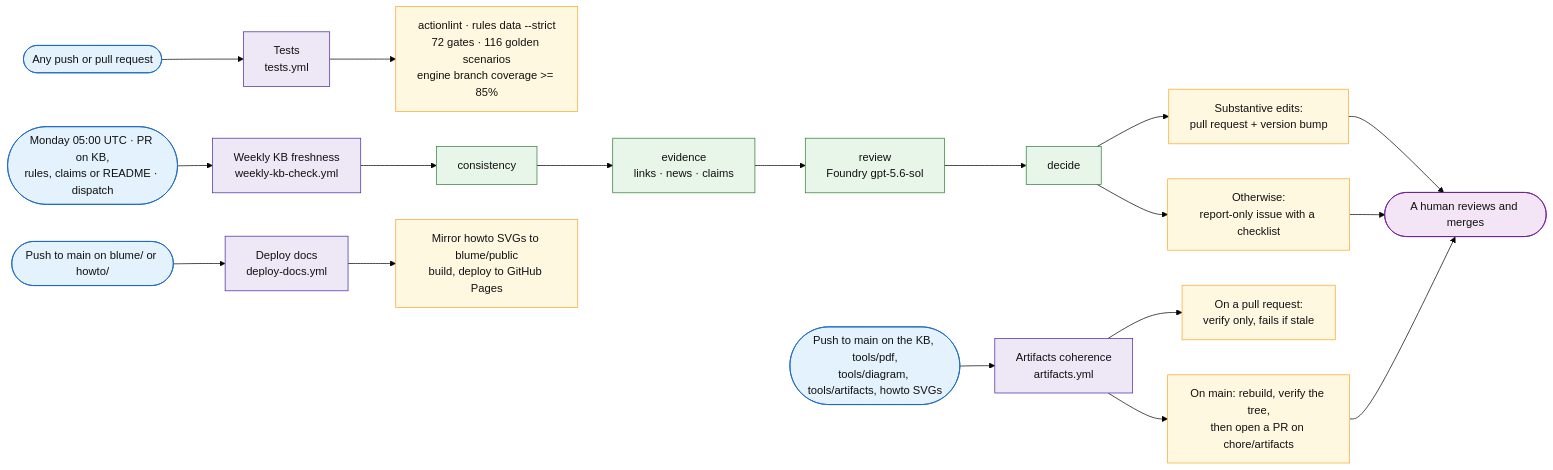
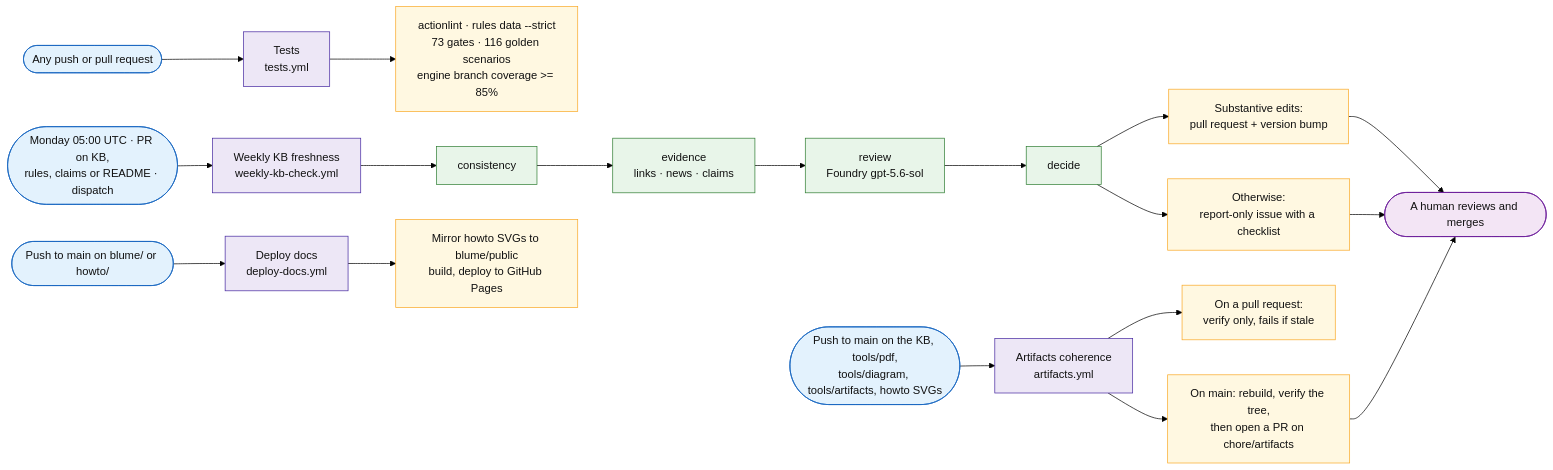
The sixth of 6 diagrams in docs/sql-migration-advisor-developer-pitch.md (fredgis/sql-migration-advisor), drawn with Mermaid (forest theme) before and after one commit. The commit also changed 15 other files, not shown here.

````diff
--- a/docs/sql-migration-advisor-developer-pitch.md
+++ b/docs/sql-migration-advisor-developer-pitch.md
@@ -991,33 +991,33 @@
 ```mermaid
 flowchart LR
     G1([Any push or pull request]) --> W1[Tests<br/>tests.yml]
     G2([Monday 05:00 UTC · PR on KB,<br/>rules, claims or README · dispatch]) --> W2[Weekly KB freshness<br/>weekly-kb-check.yml]
     G3([Push to main on the KB, tools/pdf,<br/>tools/diagram, tools/artifacts, howto SVGs]) --> W3[Artifacts coherence<br/>artifacts.yml]
     G4([Push to main on blume/ or howto/]) --> W4[Deploy docs<br/>deploy-docs.yml]
 
-    W1 --> O1[actionlint · rules data --strict<br/>72 gates · 116 golden scenarios<br/>engine branch coverage >= 85%]
+    W1 --> O1[actionlint · rules data --strict<br/>73 gates · 116 golden scenarios<br/>engine branch coverage >= 85%]
 
     W2 --> C1[consistency] --> C2[evidence<br/>links · news · claims] --> C3[review<br/>Foundry gpt-5.6-sol] --> C4[decide]
     C4 --> O2a[Substantive edits:<br/>pull request + version bump]
     C4 --> O2b[Otherwise:<br/>report-only issue with a checklist]
 
     W3 --> O3a[On a pull request:<br/>verify only, fails if stale]
     W3 --> O3b[On main: rebuild, verify the tree,<br/>then open a PR on chore/artifacts]
 
     W4 --> O4[Mirror howto SVGs to blume/public<br/>build, deploy to GitHub Pages]
 
     O2a --> H([A human reviews and merges])
     O2b --> H
     O3b --> H
 
     classDef trig fill:#e3f2fd,stroke:#1565c0,color:#111
     classDef flow fill:#ede7f6,stroke:#4527a0,color:#111
     classDef step fill:#e8f5e9,stroke:#2e7d32,color:#111
     classDef out fill:#fff8e1,stroke:#f9a825,color:#111
     classDef human fill:#f3e5f5,stroke:#6a1b9a,color:#111
     class G1,G2,G3,G4 trig
     class W1,W2,W3,W4 flow
     class C1,C2,C3,C4 step
     class O1,O2a,O2b,O3a,O3b,O4 out
     class H human
 ```
````
